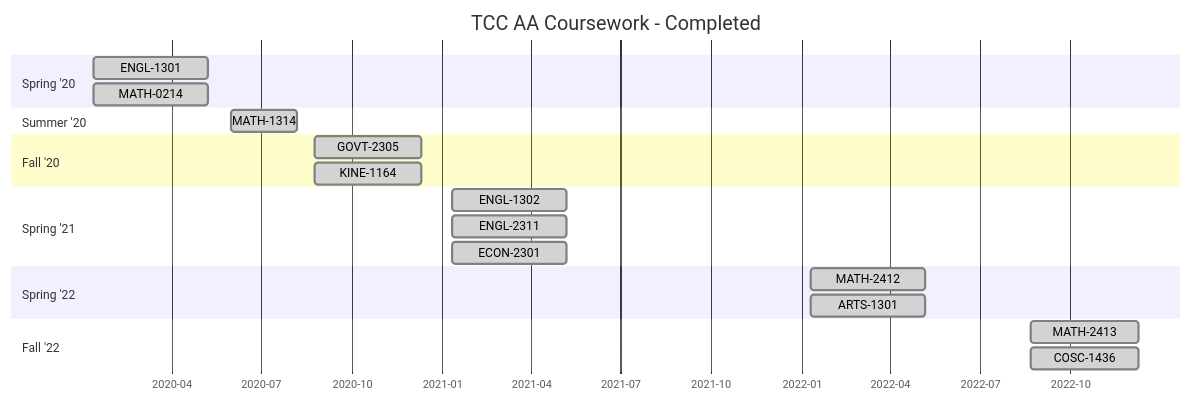
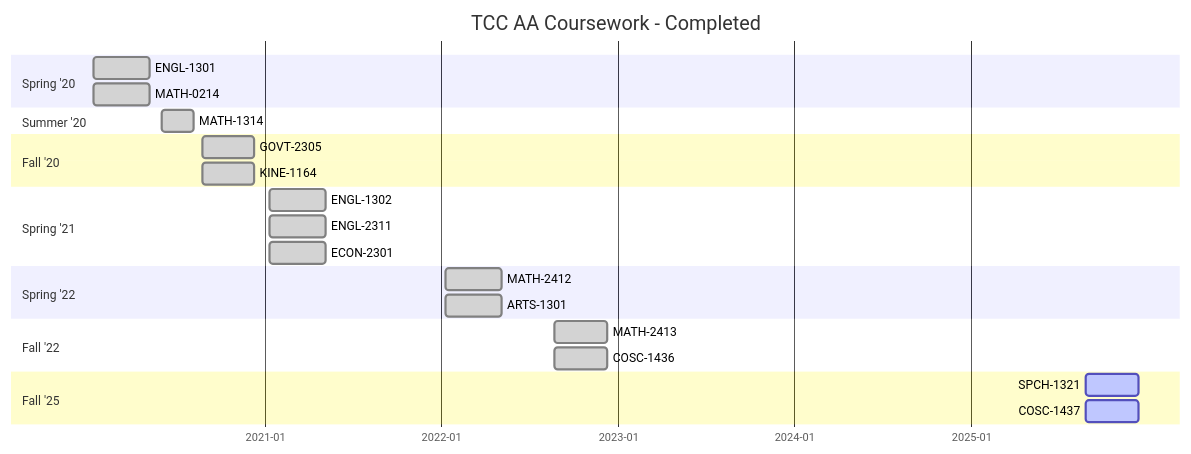
One commit to Oxymoron290/Oxymoron290 changed the second of 3 diagrams in DegreePlan.md. Above: the diagram before and after it, drawn with Mermaid.

Commit message:
Update DegreePlan.md to remove Fall '25 courses
Removed Fall '25 courses from the Gantt chart.

````diff
--- a/DegreePlan.md
+++ b/DegreePlan.md
@@ -44,30 +44,34 @@
 ```mermaid
 gantt
     title TCC AA Coursework - Completed
     dateFormat  YYYY-MM-DD
     axisFormat  %Y-%m
 
     section Spring '20
     ENGL‑1301            :done, 2020-01-13, 2020-05-08
     MATH‑0214            :done, 2020-01-13, 2020-05-08
 
     section Summer '20
     MATH‑1314            :done, 2020-06-01, 2020-08-07
 
     section Fall '20
     GOVT‑2305            :done, 2020-08-24, 2020-12-11
     KINE‑1164            :done, 2020-08-24, 2020-12-11
 
     section Spring '21
     ENGL‑1302            :done, 2021-01-11, 2021-05-07
     ENGL‑2311            :done, 2021-01-11, 2021-05-07
     ECON‑2301            :done, 2021-01-11, 2021-05-07
 
     section Spring '22
     MATH‑2412            :done, 2022-01-10, 2022-05-06
     ARTS‑1301            :done, 2022-01-10, 2022-05-06
 
     section Fall '22
     MATH‑2413            :done, 2022-08-22, 2022-12-09
     COSC‑1436            :done, 2022-08-22, 2022-12-09
+
+    section Fall '25
+    SPCH‑1321            :active, 2025-08-25, 2025-12-12
+    COSC‑1437            :active, 2025-08-25, 2025-12-12
 ```
````
